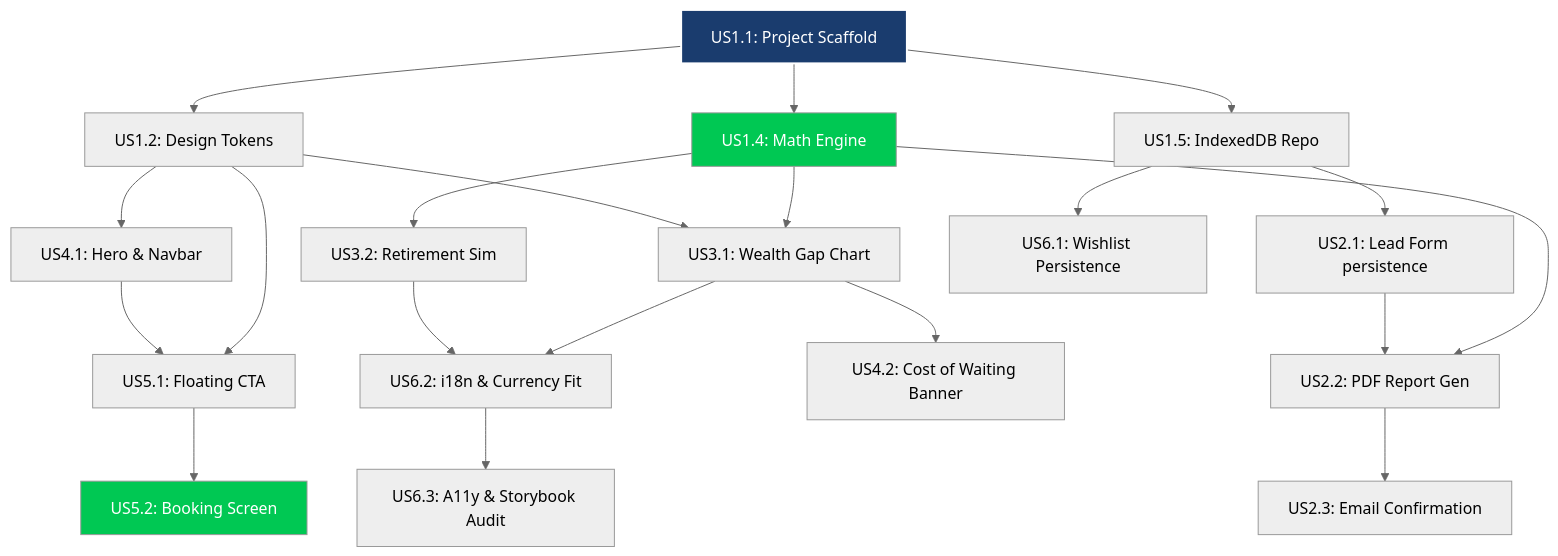
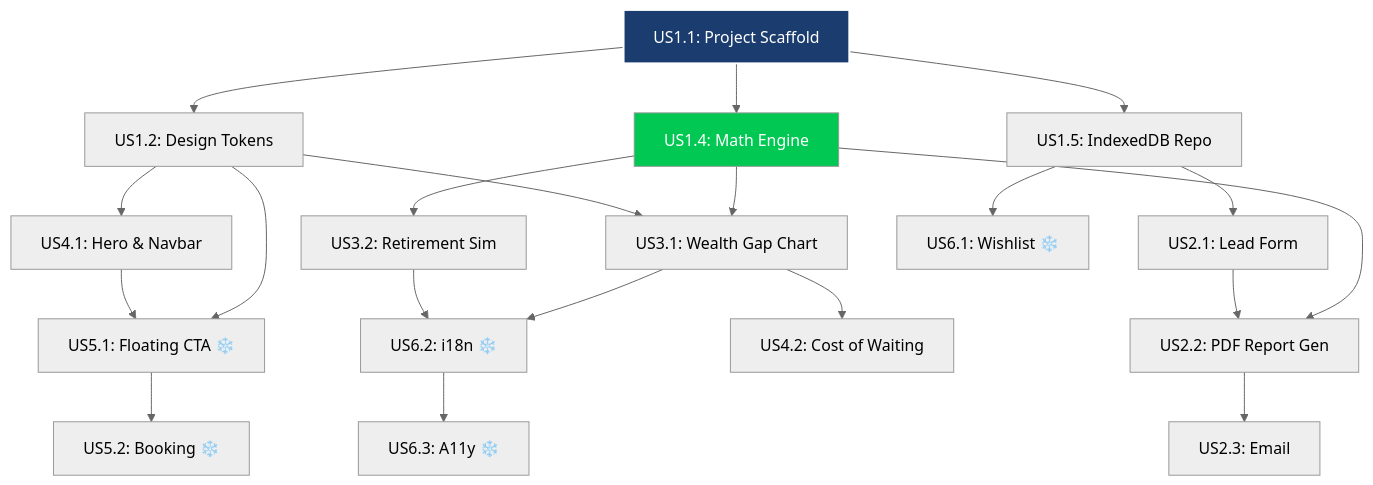
Before and after one commit to melfallas/financial-tracker: the first of 2 diagrams in docs/Dependency-Analysis.md, drawn with Mermaid (neutral theme). The commit also changed other lines of this file and 17 other files, not shown here.

Commit message:
feat: Establish initial project documentation, sprint reports, user stories, and a PO checklist for the MVP.

````diff
--- a/docs/Dependency-Analysis.md
+++ b/docs/Dependency-Analysis.md
@@ -17,37 +15,36 @@
 ```mermaid
 graph TD
-    %% Base Layer (Epic 1)
-    US1_1[US1.1: Project Scaffold] --> US1_2[US1.2: Design Tokens]
-    US1_1 --> US1_4[US1.4: Math Engine]
-    US1_1 --> US1_5[US1.5: IndexedDB Repo]
+  %% Base Layer (Epic 1)
+  US1_1[US1.1: Project Scaffold] --> US1_2[US1.2: Design Tokens]
+  US1_1 --> US1_4[US1.4: Math Engine]
+  US1_1 --> US1_5[US1.5: IndexedDB Repo]
 
-    %% Infrastructure Level
-    US1_4 --> US3_1[US3.1: Wealth Gap Chart]
-    US1_4 --> US3_2[US3.2: Retirement Sim]
-    US1_4 --> US2_2[US2.2: PDF Report Gen]
-    
-    US1_2 --> US3_1
-    US1_2 --> US4_1[US4.1: Hero & Navbar]
-    US1_2 --> US5_1[US5.1: Floating CTA]
-    
-    US1_5 --> US2_1[US2.1: Lead Form persistence]
-    US1_5 --> US6_1[US6.1: Wishlist Persistence]
+  %% Infrastructure Level
+  US1_4 --> US3_1[US3.1: Wealth Gap Chart]
+  US1_4 --> US3_2[US3.2: Retirement Sim]
+  US1_4 --> US2_2[US2.2: PDF Report Gen]
+  
+  US1_2 --> US3_1
+  US1_2 --> US4_1[US4.1: Hero & Navbar]
+  US1_2 --> US5_1[US5.1: Floating CTA ❄️]
+  
+  US1_5 --> US2_1[US2.1: Lead Form]
+  US1_5 --> US6_1[US6.1: Wishlist ❄️]
 
-    %% Feature Level
-    US3_1 --> US4_2[US4.2: Cost of Waiting Banner]
-    US2_1 --> US2_2
-    US2_2 --> US2_3[US2.3: Email Confirmation]
-    
-    US5_1 --> US5_2[US5.2: Booking Screen]
-    US4_1 --> US5_1
+  %% Feature Level
+  US3_1 --> US4_2[US4.2: Cost of Waiting]
+  US2_1 --> US2_2
+  US2_2 --> US2_3[US2.3: Email]
+  
+  US5_1 --> US5_2[US5.2: Booking ❄️]
+  US4_1 --> US5_1
 
-    %% Final Polish
-    US3_1 --> US6_2[US6.2: i18n & Currency Fit]
-    US3_2 --> US6_2
-    US6_2 --> US6_3[US6.3: A11y & Storybook Audit]
+  %% Final Polish (MVP#2)
+  US3_1 --> US6_2[US6.2: i18n ❄️]
+  US3_2 --> US6_2
+  US6_2 --> US6_3[US6.3: A11y ❄️]
 
-    %% Styling
-    style US1_1 fill:#1A3C6E,color:#fff,stroke:#fff,stroke-width:2px
-    style US1_4 fill:#00C853,color:#fff
-    style US5_2 fill:#00C853,color:#fff
+  %% Styling
+  style US1_1 fill:#1A3C6E,color:#fff,stroke:#fff,stroke-width:2px
+  style US1_4 fill:#00C853,color:#fff
 ```
````
